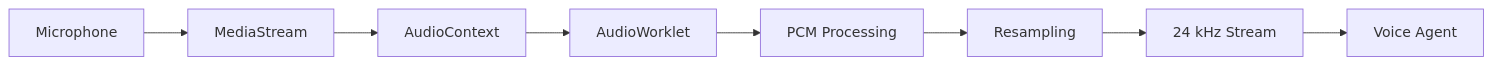
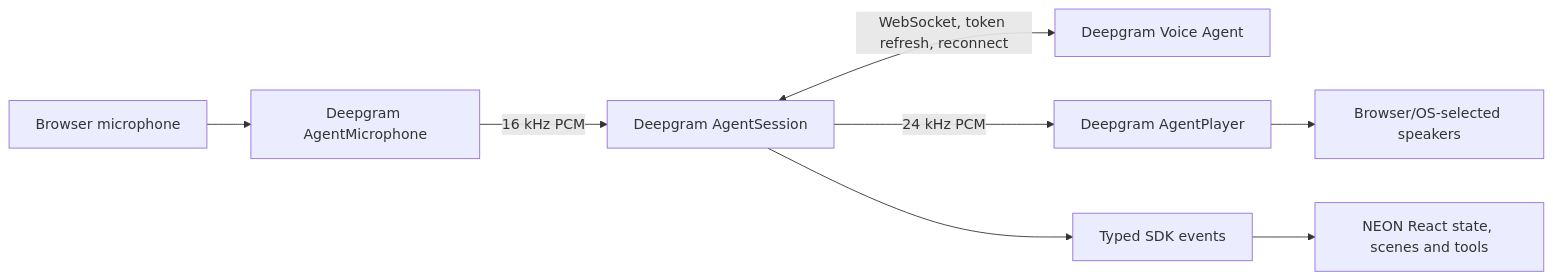
One commit to KigenIsaac/neon changed the sixth of 9 diagrams in README.md. Above: the diagram before and after it, drawn with Mermaid. The commit also changed other lines of this file, not shown here.

Commit message:
docs(audio): replace obsolete custom playback and capture guidance with official SDK

````diff
--- a/README.md
+++ b/README.md
@@ -200,10 +196,10 @@
 ```mermaid
 flowchart LR
-    M[Microphone] --> MS[MediaStream]
-    MS --> AC[AudioContext]
-    AC --> AW[AudioWorklet]
-    AW --> PCM[PCM Processing]
-    PCM --> RS[Resampling]
-    RS --> K[24 kHz Stream]
-    K --> D[Voice Agent]
+    MIC[Browser microphone] --> CAP[Deepgram AgentMicrophone]
+    CAP -->|16 kHz PCM| SESSION[Deepgram AgentSession]
+    SESSION <-->|WebSocket, token refresh, reconnect| DG[Deepgram Voice Agent]
+    SESSION -->|24 kHz PCM| PLAYER[Deepgram AgentPlayer]
+    PLAYER --> DEVICE[Browser/OS-selected speakers]
+    SESSION --> EVENTS[Typed SDK events]
+    EVENTS --> UI[NEON React state, scenes and tools]
 ```
````
